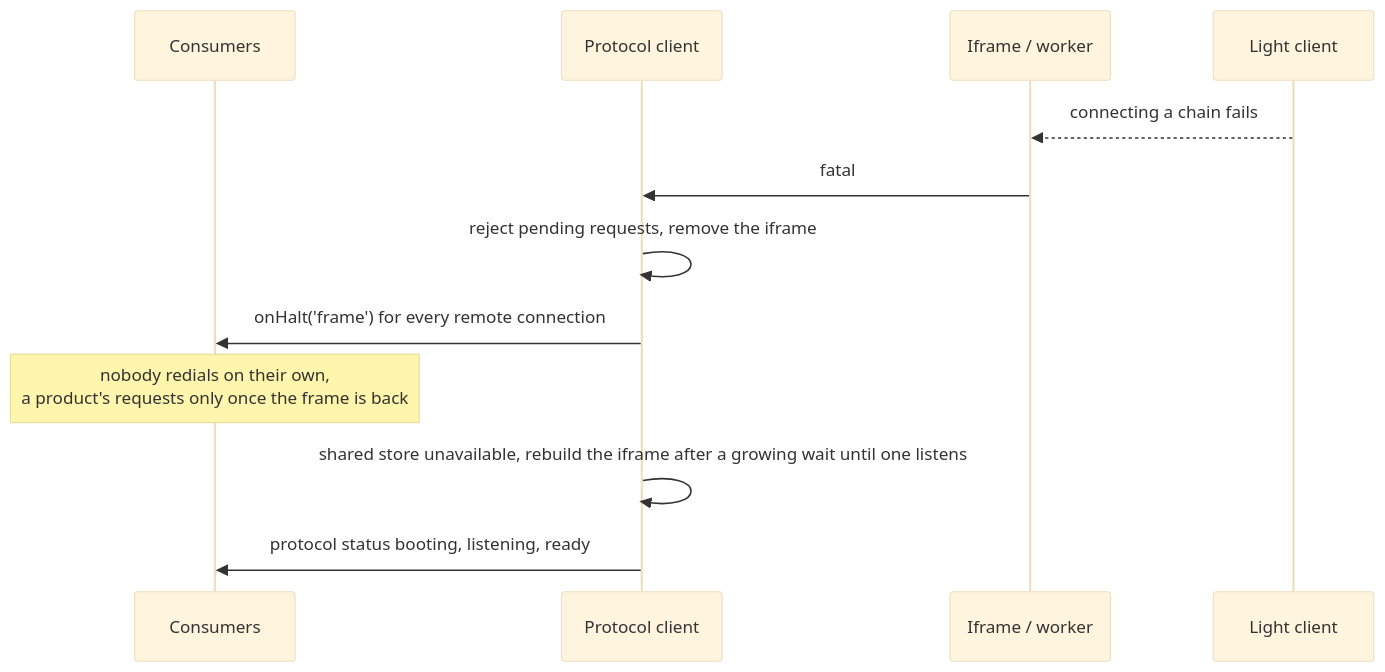
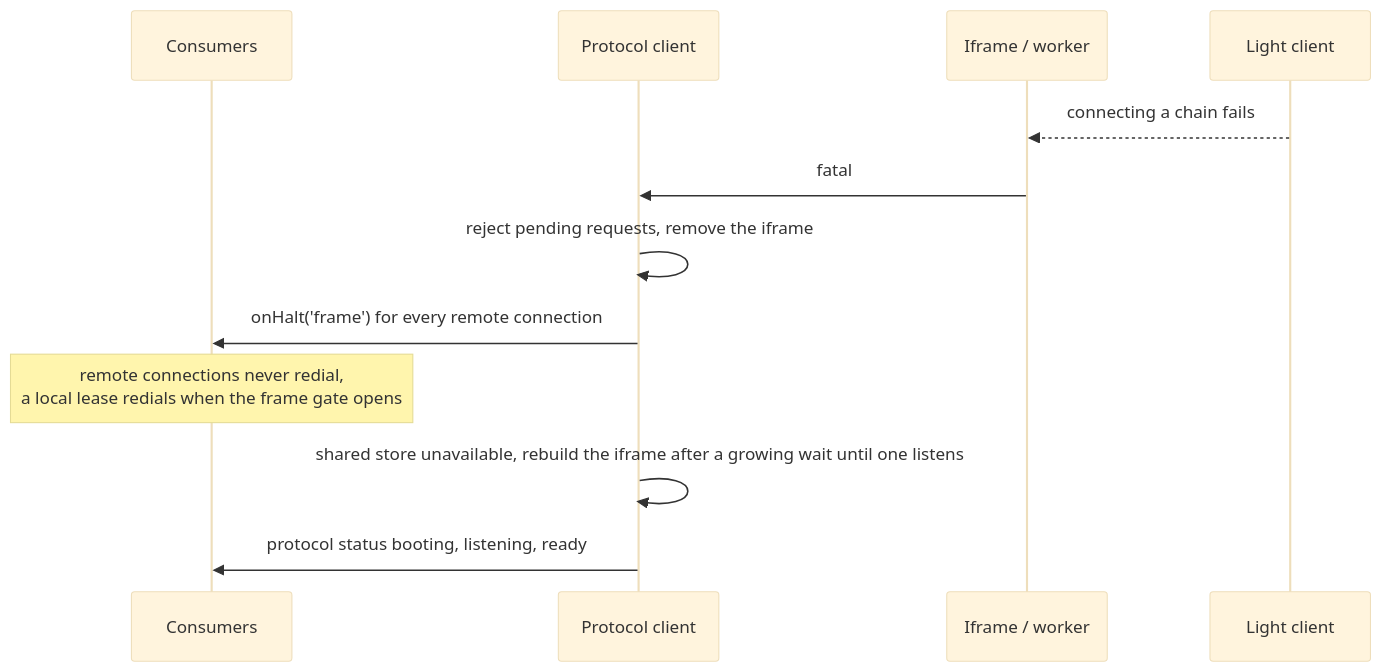
The eighth of 8 diagrams in docs/chain-connections.md (paritytech/dotli-community), drawn with Mermaid (base theme) before and after one commit. The commit also changed other lines of this file and 425 other files, not shown here.

````diff
--- a/docs/chain-connections.md
+++ b/docs/chain-connections.md
@@ -381,14 +392,14 @@
 ```mermaid
 sequenceDiagram
   participant Use as Consumers
   participant Cli as Protocol client
   participant Ctx as Iframe / worker
   participant LC as Light client
   LC-->>Ctx: connecting a chain fails
   Ctx->>Cli: fatal
   Cli->>Cli: reject pending requests, remove the iframe
   Cli->>Use: onHalt('frame') for every remote connection
-  Note over Use: nobody redials on their own,<br/>a product's requests only once the frame is back
+  Note over Use: remote connections never redial,<br/>a local lease redials when the frame gate opens
   Cli->>Cli: shared store unavailable, rebuild the iframe after a growing wait until one listens
   Cli->>Use: protocol status booting, listening, ready
 ```
````
